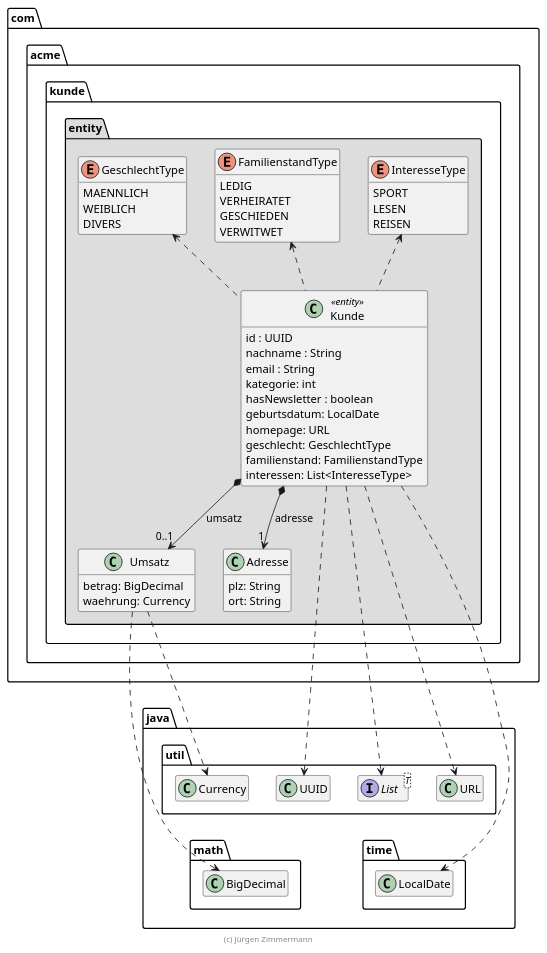
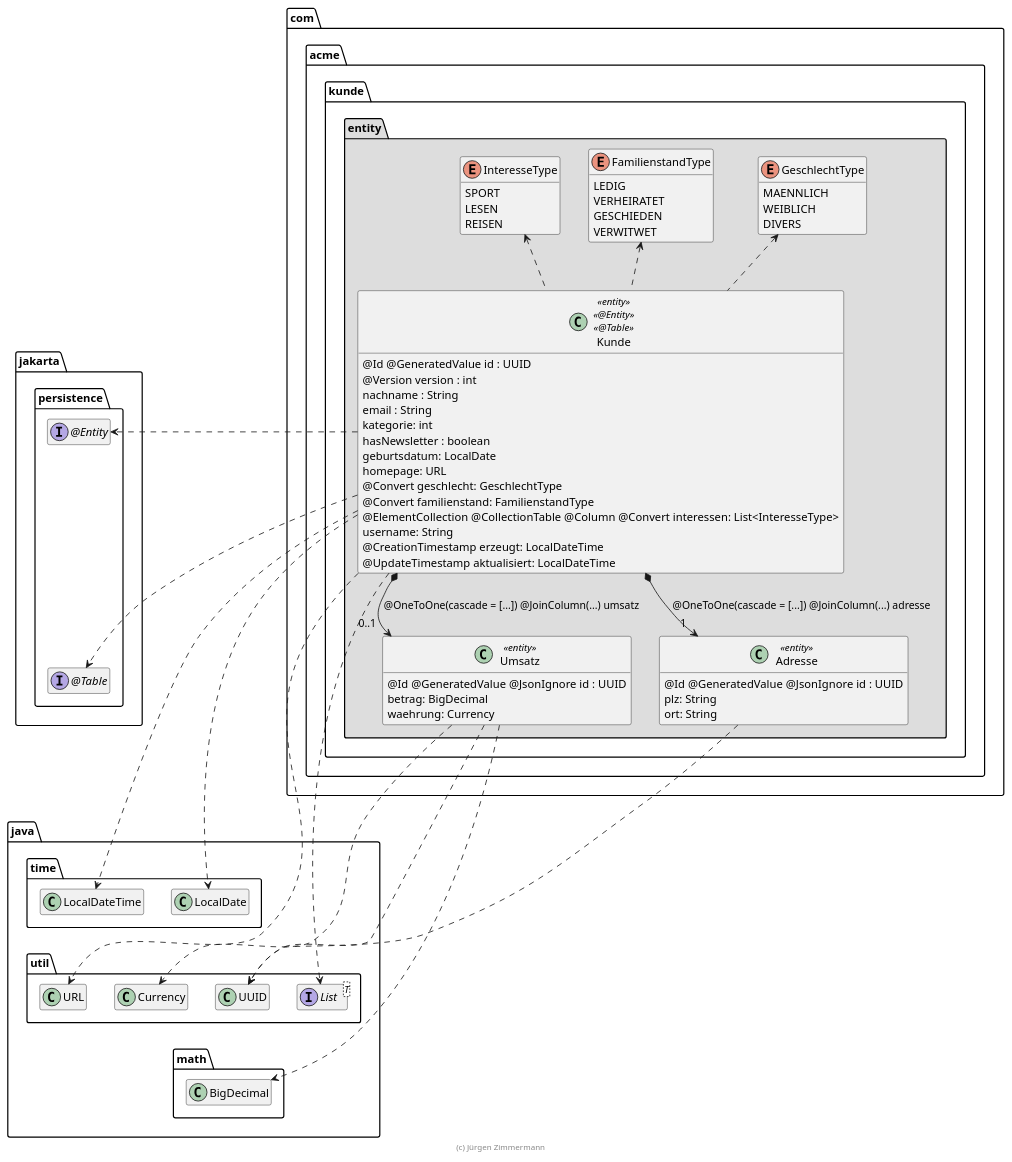
One commit to AntoninFa/Practise changed the diagram in SWA/kunde-v1/kunde/extras/doc/Kunde.plantuml. Above: the diagram before and after it, drawn with PlantUML. The commit also changed 83 other files, not shown here.

```diff
--- a/SWA/kunde-v1/kunde/extras/doc/Kunde.plantuml
+++ b/SWA/kunde-v1/kunde/extras/doc/Kunde.plantuml
@@ -15,88 +15,113 @@
 @startuml Kunde
 
 skinparam classAttributeIconSize 0
 ' skinparam monochrome true
 
 package java {
     package util {
         class UUID
         interface List<T>
         class URL
         class Currency
     }
 
     package math {
         class BigDecimal
     }
 
     package time {
         class LocalDate
+        class LocalDateTime
     }
 
-    BigDecimal .up[hidden].> UUID
-    UUID .[hidden].> LocalDate
+    LocalDate .right[hidden].> LocalDateTime
+    LocalDateTime .[hidden].> Currency
+    Currency .[hidden].> BigDecimal
 }
 
-package com.acme.kunde.entity #DDDDDD {
-    class Umsatz {
-        betrag: BigDecimal
-        waehrung: Currency
+package jakarta.persistence {
+    interface "@Entity" as Entity
+    interface "@Table" as Table
+
+    Entity -[hidden]down-> Table
+    LocalDateTime .up[hidden].> Table
+}
+
+package com.acme.kunde {
+    package entity #DDDDDD {
+        class Umsatz << entity >> {
+            @Id @GeneratedValue @JsonIgnore id : UUID
+            betrag: BigDecimal
+            waehrung: Currency
+        }
+        Umsatz ..> UUID
+
+        class Adresse << entity >> {
+            @Id @GeneratedValue @JsonIgnore id : UUID
+            plz: String
+            ort: String
+        }
+        Adresse ..> UUID
+
+        enum GeschlechtType {
+            MAENNLICH
+            WEIBLICH
+            DIVERS
+        }
+
+        enum FamilienstandType {
+            LEDIG
+            VERHEIRATET
+            GESCHIEDEN
+            VERWITWET
+        }
+
+        enum InteresseType {
+            SPORT
+            LESEN
+            REISEN
+        }
+
+        class Kunde << entity >>  << @Entity >>  << @Table >> {
+            @Id @GeneratedValue id : UUID
+            @Version version : int
+            nachname : String
+            email : String
+            kategorie: int
+            hasNewsletter : boolean
+            geburtsdatum: LocalDate
+            homepage: URL
+            @Convert geschlecht: GeschlechtType
+            @Convert familienstand: FamilienstandType
+            @ElementCollection @CollectionTable @Column @Convert interessen: List<InteresseType>
+            username: String
+            @CreationTimestamp erzeugt: LocalDateTime
+            @UpdateTimestamp aktualisiert: LocalDateTime
+        }
+
+        Kunde *--> "0..1" Umsatz : @OneToOne(cascade = [...]) @JoinColumn(...) umsatz
+        Kunde *--> "1" Adresse :  @OneToOne(cascade = [...]) @JoinColumn(...) adresse
+
+        Kunde .up.> GeschlechtType
+        Kunde .up.> FamilienstandType
+        Kunde .up.> InteresseType
+
+        Kunde ..> URL
+        Kunde ..> LocalDate
+        Kunde ..> LocalDateTime
+        Kunde .right.> List
+        Kunde .right.> Entity
+        Kunde .right.> Table
+
+        Umsatz ..> Currency
+        Umsatz ..> BigDecimal
+
+        GeschlechtType .[hidden].> List
     }
-
-    class Adresse {
-        plz: String
-        ort: String
-    }
-
-    enum GeschlechtType {
-        MAENNLICH
-        WEIBLICH
-        DIVERS
-    }
-
-    enum FamilienstandType {
-        LEDIG
-        VERHEIRATET
-        GESCHIEDEN
-        VERWITWET
-    }
-
-    enum InteresseType {
-        SPORT
-        LESEN
-        REISEN
-    }
-
-    class Kunde << entity >> {
-        id : UUID
-        nachname : String
-        email : String
-        kategorie: int
-        hasNewsletter : boolean
-        geburtsdatum: LocalDate
-        homepage: URL
-        geschlecht: GeschlechtType
-        familienstand: FamilienstandType
-        interessen: List<InteresseType>
-    }
-
-    Kunde *--> "0..1" Umsatz : umsatz
-    Kunde *--> "1" Adresse : adresse
-    Kunde .up.> GeschlechtType
-    Kunde .up.> FamilienstandType
-    Kunde .up.> InteresseType
-
-    Kunde ..> UUID
-    Kunde ..> LocalDate
-    Kunde ..> List
-    Kunde ..> URL
-
-    Umsatz ..> Currency
-    Umsatz ..> BigDecimal
 }
 
 hide empty members
 
 footer (c) Jürgen Zimmermann
 
 @enduml
```
